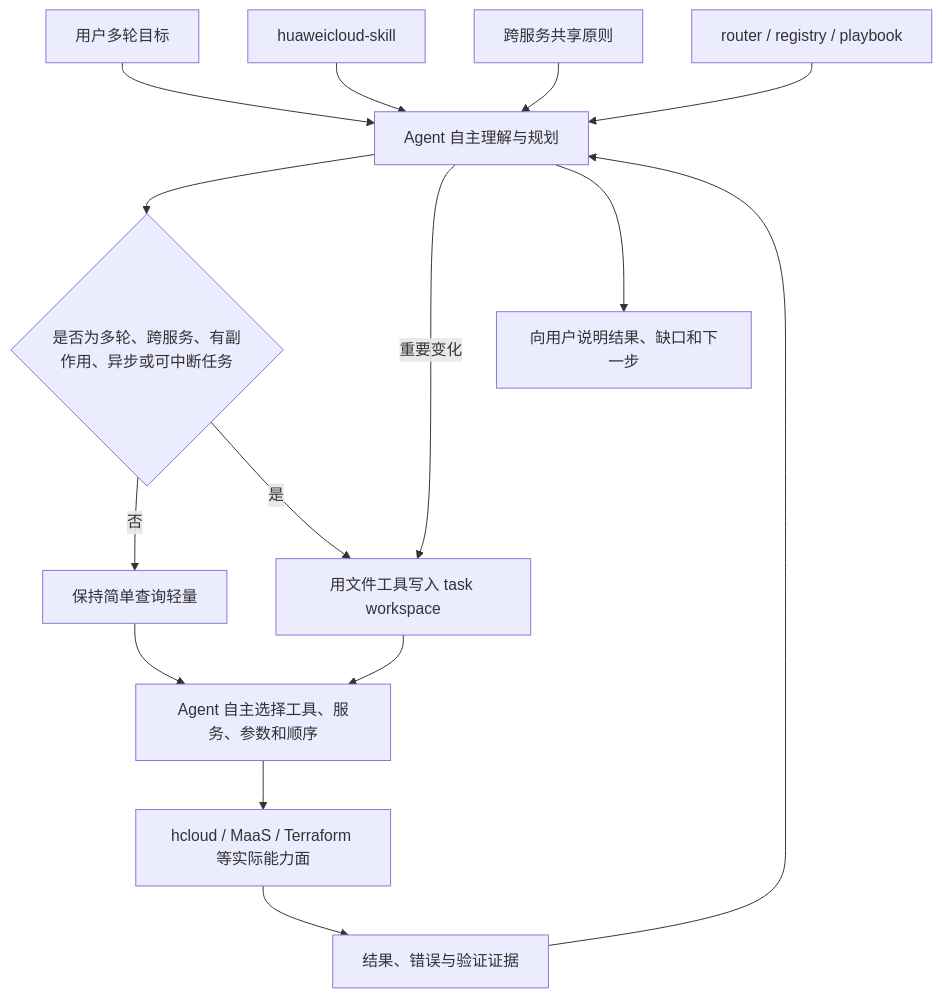
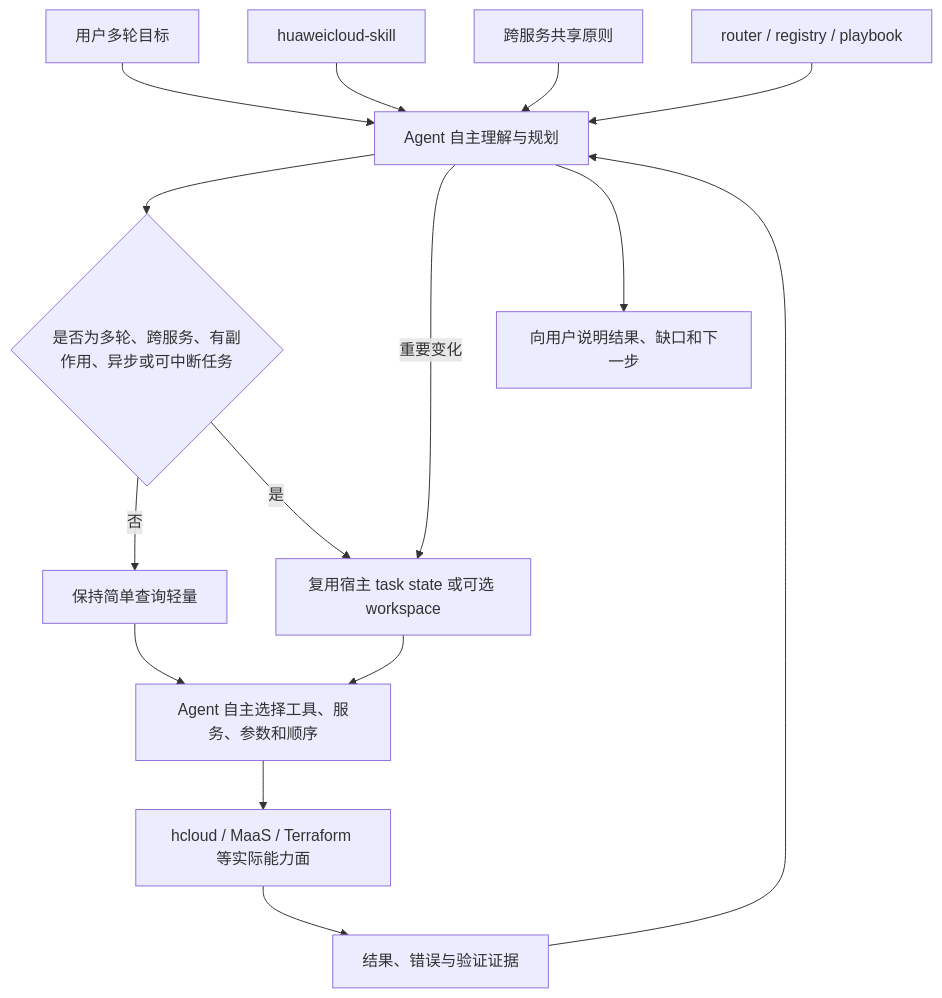
One commit to pipixia-labs/huaweicloud-skill changed the diagram in docs/unified-task-mechanism-implementation.md. Above: the diagram before and after it, drawn with Mermaid. The commit also changed other lines of this file and 43 other files, not shown here.

````diff
--- a/docs/unified-task-mechanism-implementation.md
+++ b/docs/unified-task-mechanism-implementation.md
@@ -54,17 +54,17 @@
 ```mermaid
 flowchart TD
     User["用户多轮目标"] --> Agent["Agent 自主理解与规划"]
     Skill["huaweicloud-skill"] --> Agent
     Principles["跨服务共享原则"] --> Agent
     Guides["router / registry / playbook"] --> Agent
     Agent --> MemoryCheck{"是否为多轮、跨服务、有副作用、异步或可中断任务"}
     MemoryCheck -->|否| Lightweight["保持简单查询轻量"]
-    MemoryCheck -->|是| Workspace["用文件工具写入 task workspace"]
-    Workspace --> Tools["Agent 自主选择工具、服务、参数和顺序"]
+    MemoryCheck -->|是| State["复用宿主 task state 或可选 workspace"]
+    State --> Tools["Agent 自主选择工具、服务、参数和顺序"]
     Lightweight --> Tools
     Tools --> Cloud["hcloud / MaaS / Terraform 等实际能力面"]
     Cloud --> Evidence["结果、错误与验证证据"]
     Evidence --> Agent
-    Agent -->|重要变化| Workspace
+    Agent -->|重要变化| State
     Agent --> Reply["向用户说明结果、缺口和下一步"]
 ```
````
